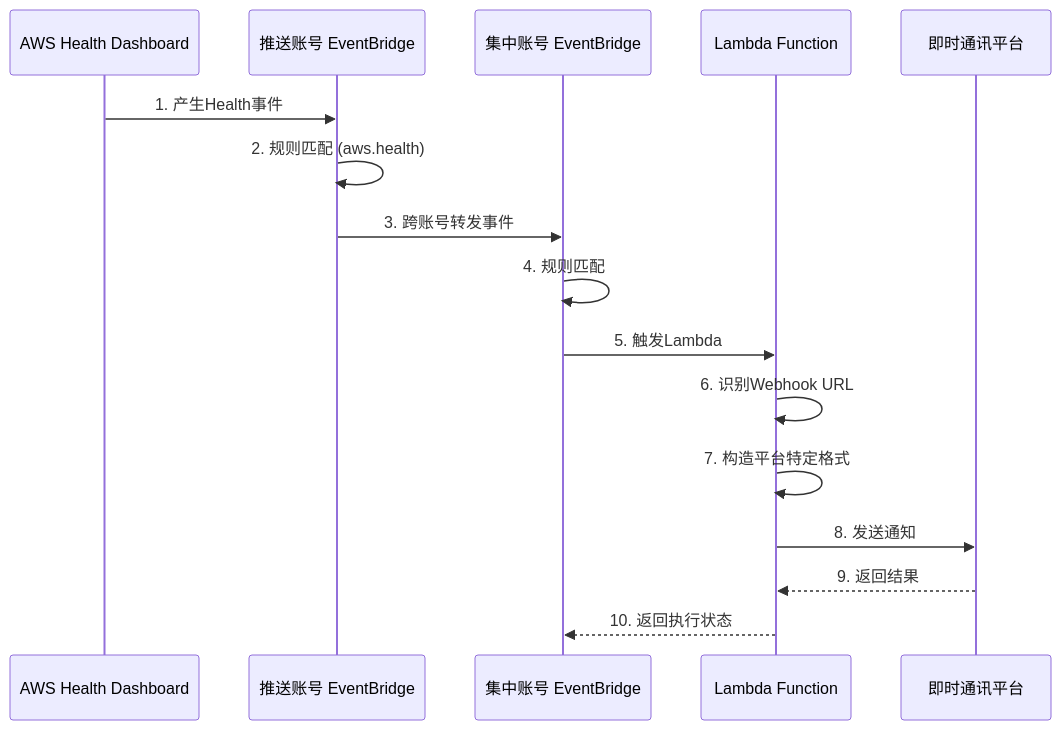
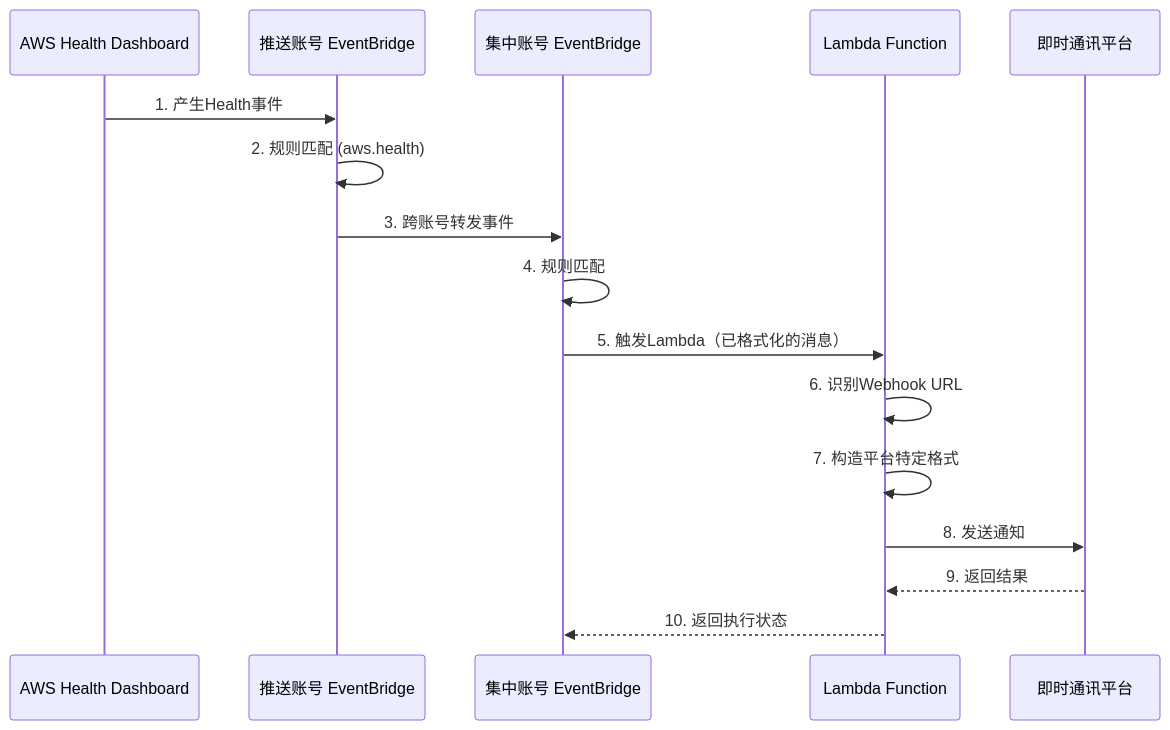
The second of 2 diagrams in ARCHITECTURE.md (catersai/AWSCN-PhD-Notification), drawn with Mermaid before and after one commit. The commit also changed other lines of this file and 3 other files, not shown here.

````diff
--- a/ARCHITECTURE.md
+++ b/ARCHITECTURE.md
@@ -75,19 +75,19 @@
 ```mermaid
 sequenceDiagram
     participant PHD as AWS Health Dashboard
     participant Spoke as 推送账号 EventBridge
     participant Hub as 集中账号 EventBridge
     participant Lambda as Lambda Function
     participant IM as 即时通讯平台
 
     PHD->>Spoke: 1. 产生Health事件
     Spoke->>Spoke: 2. 规则匹配 (aws.health)
     Spoke->>Hub: 3. 跨账号转发事件
     Hub->>Hub: 4. 规则匹配
-    Hub->>Lambda: 5. 触发Lambda
+    Hub->>Lambda: 5. 触发Lambda（已格式化的消息）
     Lambda->>Lambda: 6. 识别Webhook URL
     Lambda->>Lambda: 7. 构造平台特定格式
     Lambda->>IM: 8. 发送通知
     IM-->>Lambda: 9. 返回结果
     Lambda-->>Hub: 10. 返回执行状态
 ```
````
